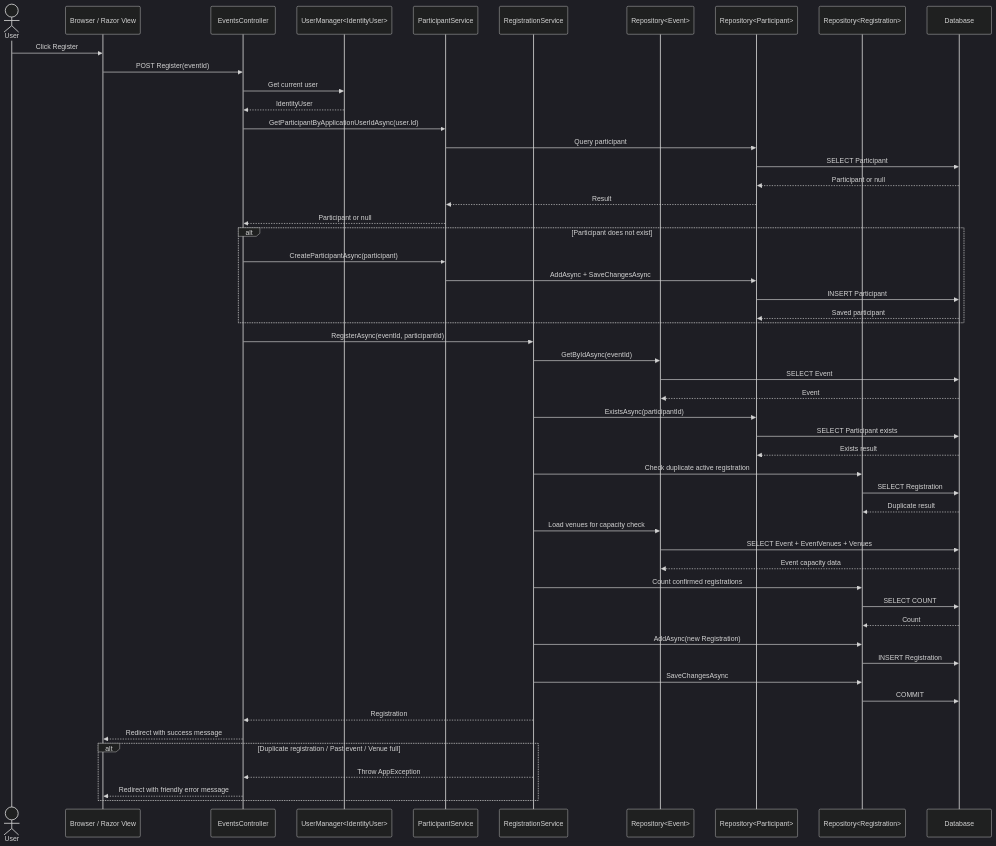
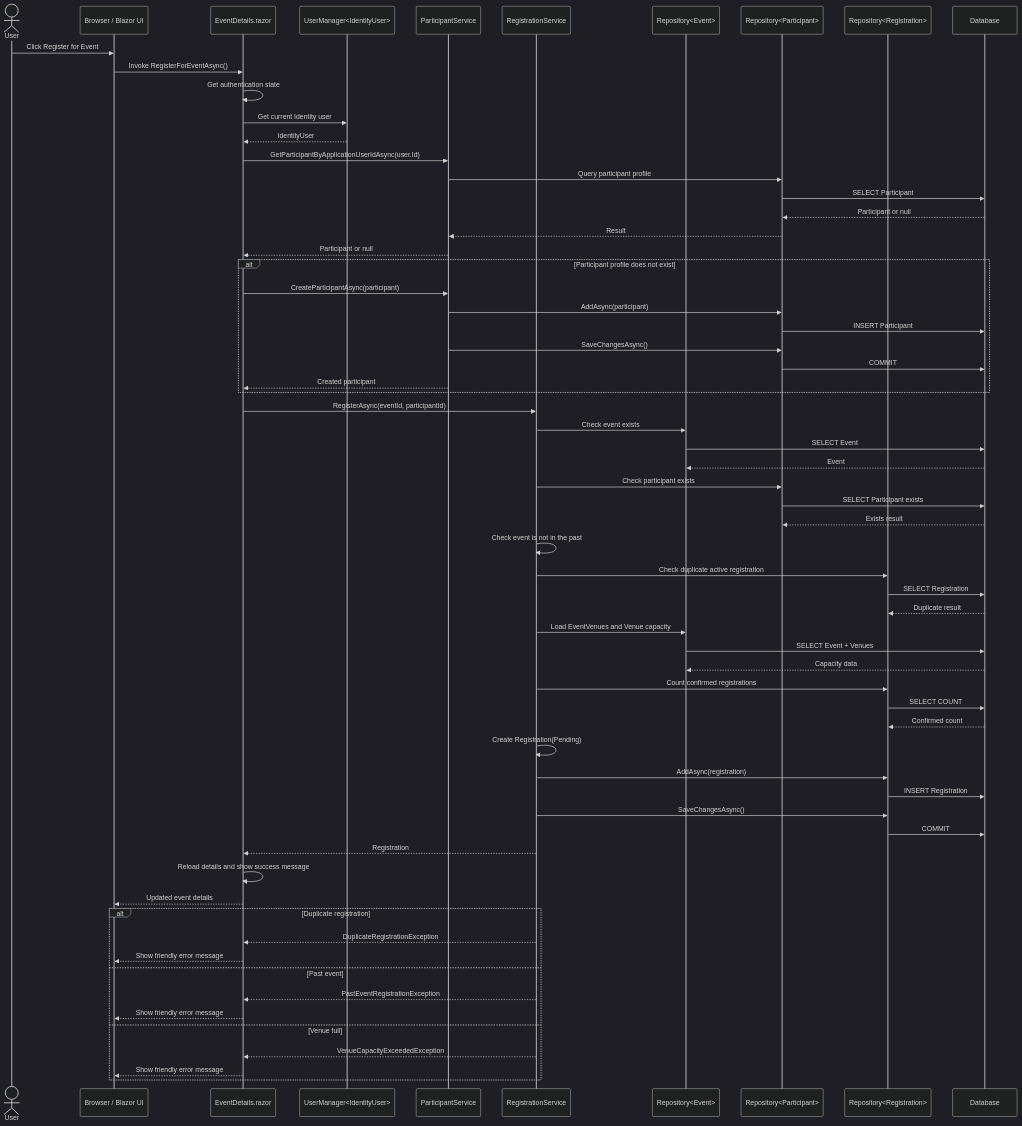
The diagram in Documentation/UML/SequenceDiagram_RegisterForEvent.md (FerojTamang/CET254_EventManager_Blazor), drawn with Mermaid (dark theme) before and after one commit. The commit also changed other lines of this file and 5 other files, not shown here.

````diff
--- a/Documentation/UML/SequenceDiagram_RegisterForEvent.md
+++ b/Documentation/UML/SequenceDiagram_RegisterForEvent.md
@@ -64,66 +64,77 @@
 ```mermaid
 sequenceDiagram
     actor User
-    participant Browser as Browser / Razor View
-    participant Controller as EventsController
+    participant Browser as Browser / Blazor UI
+    participant Component as EventDetails.razor
     participant UserManager as UserManager<IdentityUser>
     participant ParticipantService
     participant RegistrationService
     participant EventRepo as Repository<Event>
     participant ParticipantRepo as Repository<Participant>
     participant RegistrationRepo as Repository<Registration>
     participant DB as Database
 
-    User->>Browser: Click Register
-    Browser->>Controller: POST Register(eventId)
-    Controller->>UserManager: Get current user
-    UserManager-->>Controller: IdentityUser
+    User->>Browser: Click Register for Event
+    Browser->>Component: Invoke RegisterForEventAsync()
+    Component->>Component: Get authentication state
+    Component->>UserManager: Get current Identity user
+    UserManager-->>Component: IdentityUser
 
-    Controller->>ParticipantService: GetParticipantByApplicationUserIdAsync(user.Id)
-    ParticipantService->>ParticipantRepo: Query participant
+    Component->>ParticipantService: GetParticipantByApplicationUserIdAsync(user.Id)
+    ParticipantService->>ParticipantRepo: Query participant profile
     ParticipantRepo->>DB: SELECT Participant
     DB-->>ParticipantRepo: Participant or null
     ParticipantRepo-->>ParticipantService: Result
-    ParticipantService-->>Controller: Participant or null
+    ParticipantService-->>Component: Participant or null
 
-    alt Participant does not exist
-        Controller->>ParticipantService: CreateParticipantAsync(participant)
-        ParticipantService->>ParticipantRepo: AddAsync + SaveChangesAsync
+    alt Participant profile does not exist
+        Component->>ParticipantService: CreateParticipantAsync(participant)
+        ParticipantService->>ParticipantRepo: AddAsync(participant)
         ParticipantRepo->>DB: INSERT Participant
-        DB-->>ParticipantRepo: Saved participant
+        ParticipantService->>ParticipantRepo: SaveChangesAsync()
+        ParticipantRepo->>DB: COMMIT
+        ParticipantService-->>Component: Created participant
     end
 
-    Controller->>RegistrationService: RegisterAsync(eventId, participantId)
-    RegistrationService->>EventRepo: GetByIdAsync(eventId)
+    Component->>RegistrationService: RegisterAsync(eventId, participantId)
+    RegistrationService->>EventRepo: Check event exists
     EventRepo->>DB: SELECT Event
     DB-->>EventRepo: Event
 
-    RegistrationService->>ParticipantRepo: ExistsAsync(participantId)
+    RegistrationService->>ParticipantRepo: Check participant exists
     ParticipantRepo->>DB: SELECT Participant exists
     DB-->>ParticipantRepo: Exists result
 
+    RegistrationService->>RegistrationService: Check event is not in the past
     RegistrationService->>RegistrationRepo: Check duplicate active registration
     RegistrationRepo->>DB: SELECT Registration
     DB-->>RegistrationRepo: Duplicate result
 
-    RegistrationService->>EventRepo: Load venues for capacity check
-    EventRepo->>DB: SELECT Event + EventVenues + Venues
-    DB-->>EventRepo: Event capacity data
+    RegistrationService->>EventRepo: Load EventVenues and Venue capacity
+    EventRepo->>DB: SELECT Event + Venues
+    DB-->>EventRepo: Capacity data
 
     RegistrationService->>RegistrationRepo: Count confirmed registrations
     RegistrationRepo->>DB: SELECT COUNT
-    DB-->>RegistrationRepo: Count
+    DB-->>RegistrationRepo: Confirmed count
 
-    RegistrationService->>RegistrationRepo: AddAsync(new Registration)
+    RegistrationService->>RegistrationService: Create Registration(Pending)
+    RegistrationService->>RegistrationRepo: AddAsync(registration)
     RegistrationRepo->>DB: INSERT Registration
-    RegistrationService->>RegistrationRepo: SaveChangesAsync
+    RegistrationService->>RegistrationRepo: SaveChangesAsync()
     RegistrationRepo->>DB: COMMIT
+    RegistrationService-->>Component: Registration
+    Component->>Component: Reload details and show success message
+    Component-->>Browser: Updated event details
 
-    RegistrationService-->>Controller: Registration
-    Controller-->>Browser: Redirect with success message
-
-    alt Duplicate registration / Past event / Venue full
-        RegistrationService-->>Controller: Throw AppException
-        Controller-->>Browser: Redirect with friendly error message
+    alt Duplicate registration
+        RegistrationService-->>Component: DuplicateRegistrationException
+        Component-->>Browser: Show friendly error message
+    else Past event
+        RegistrationService-->>Component: PastEventRegistrationException
+        Component-->>Browser: Show friendly error message
+    else Venue full
+        RegistrationService-->>Component: VenueCapacityExceededException
+        Component-->>Browser: Show friendly error message
     end
 ```
````
